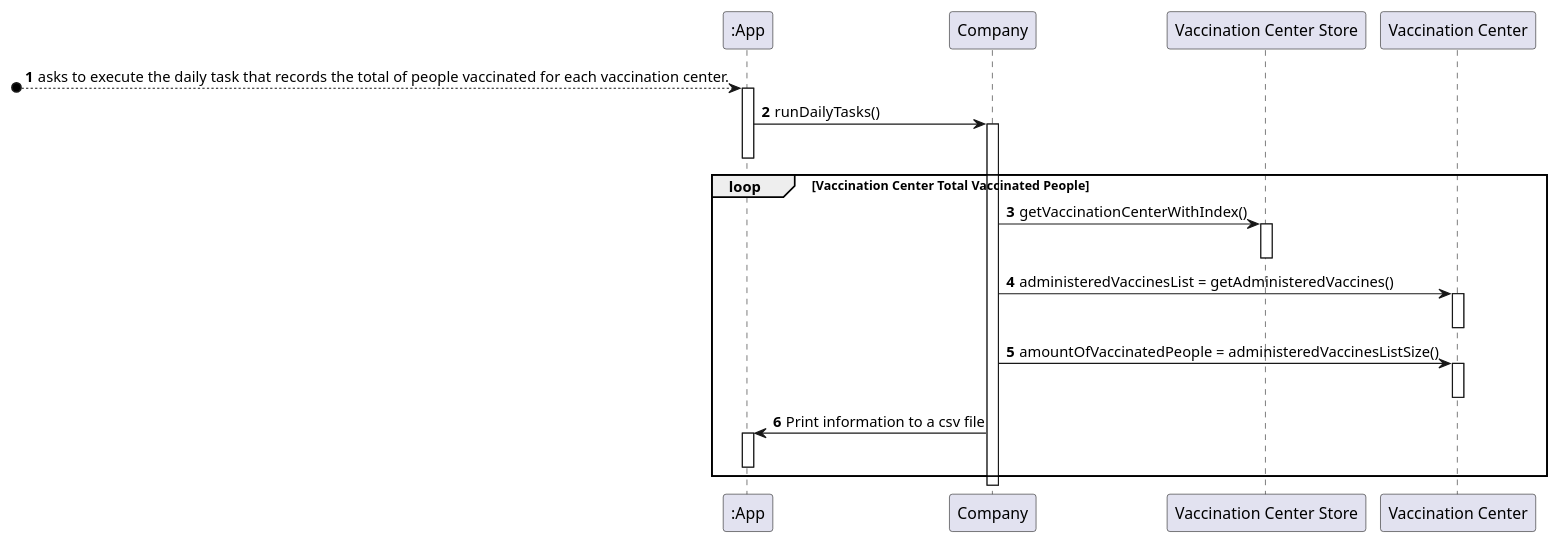
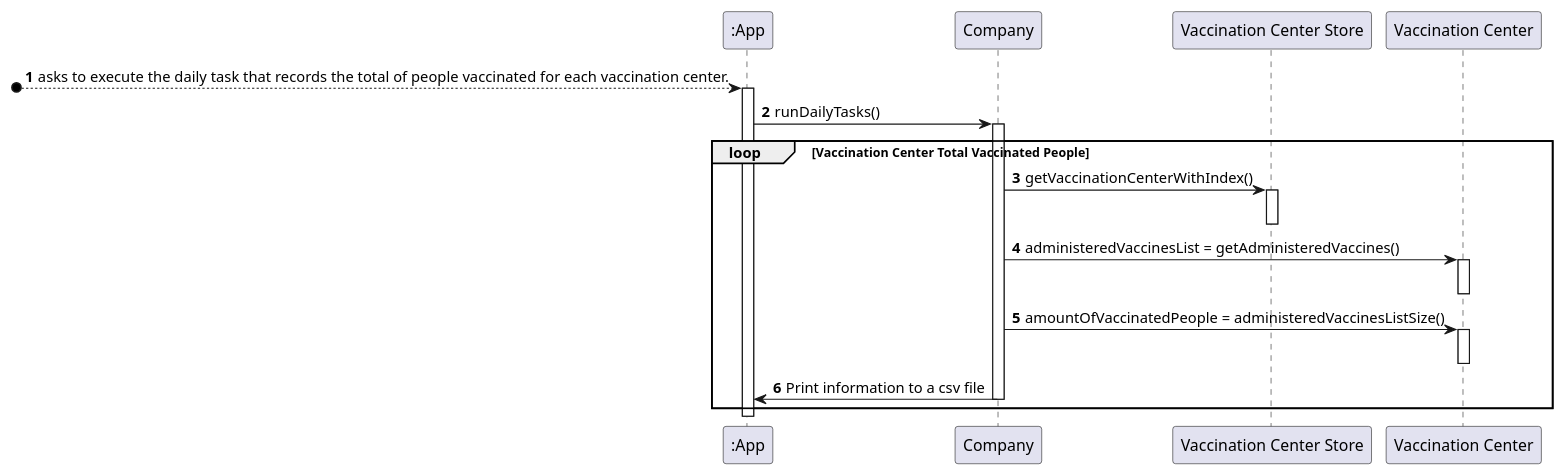
One commit to Pirussa/lei-22-s2-1da-g02 changed the diagram in docs/SprintD/US006/US006_SD.puml. Above: the diagram before and after it, drawn with PlantUML. The commit also changed 11 other files, not shown here.

Commit message:
US006 - Documentation - Diagram and general documentation updates. Glossary - New concepts added. User Manual - General structure updates.

```diff
--- a/docs/SprintD/US006/US006_SD.puml
+++ b/docs/SprintD/US006/US006_SD.puml
@@ -1,35 +1,34 @@
 @startuml
 
 autonumber
 
 participant ":App" as A
 participant "Company" as C
 participant "Vaccination Center Store" as VCS
 participant "Vaccination Center" as VC
 
 
 
 
 [o--> A :asks to execute the daily task that records the total of people vaccinated for each vaccination center.
 activate A
 A -> C : runDailyTasks()
 activate C
-deactivate A
+
 loop Vaccination Center Total Vaccinated People
 C -> VCS : getVaccinationCenterWithIndex()
 activate VCS
 deactivate VCS
 C->VC :   administeredVaccinesList = getAdministeredVaccines()
 activate VC
 deactivate VC
 
 C -> VC : amountOfVaccinatedPeople = administeredVaccinesListSize()
 
 activate VC
 deactivate VC
 C -> A : Print information to a csv file
-activate A
+deactivate C
+end
 deactivate A
-end
-
 @enduml
```
